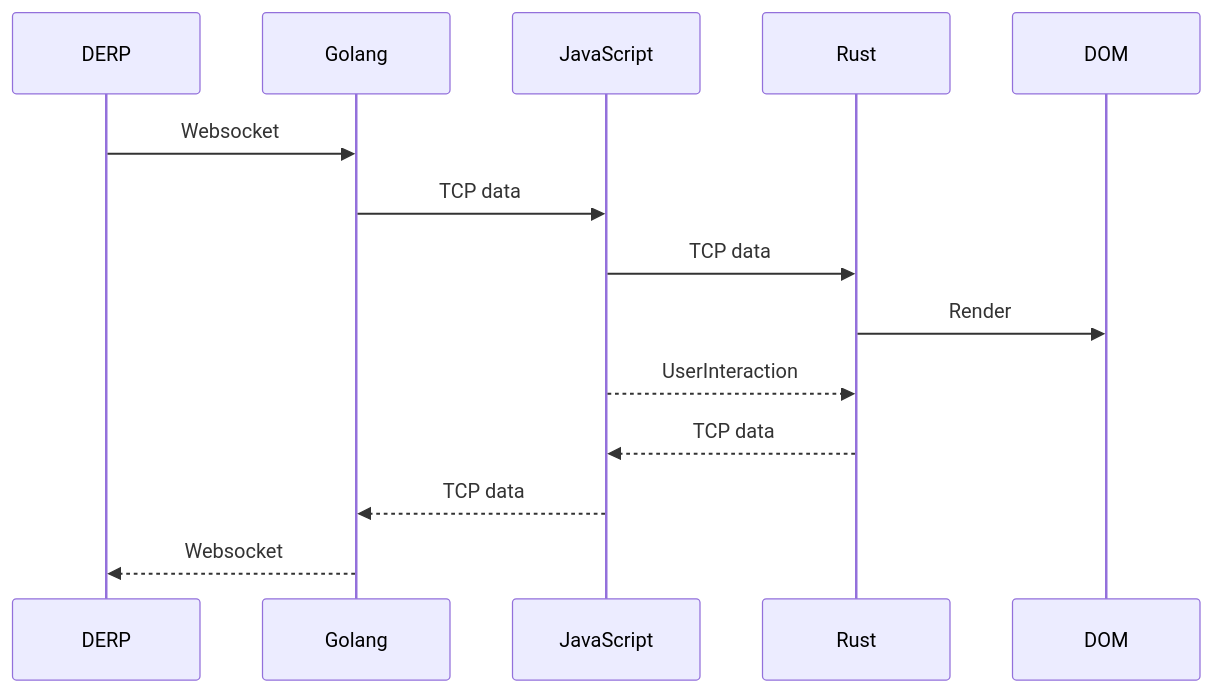
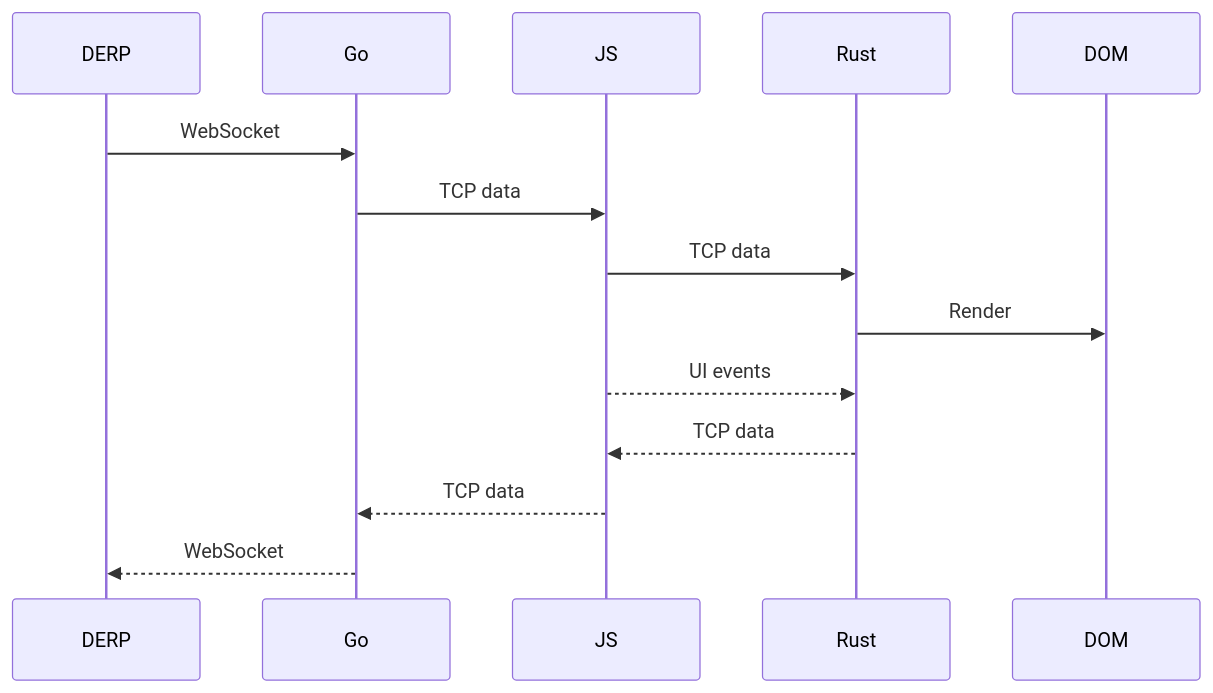
One commit to rickli-cloud/headscale-console changed the third of 4 diagrams in README.md. Above: the diagram before and after it, drawn with Mermaid. The commit also changed other lines of this file, not shown here.

````diff
--- a/README.md
+++ b/README.md
@@ -177,13 +183,12 @@
 ```mermaid
-  sequenceDiagram
-    DERP ->> Golang: Websocket
-    Golang ->> JavaScript: TCP data
-    JavaScript ->> Rust: TCP data
-
+sequenceDiagram
+    DERP ->> Go: WebSocket
+    Go ->> JS: TCP data
+    JS ->> Rust: TCP data
     Rust ->> DOM: Render
 
-    JavaScript -->> Rust: UserInteraction
-    Rust -->> JavaScript: TCP data
-    JavaScript -->> Golang: TCP data
-    Golang -->> DERP: Websocket
+    JS -->> Rust: UI events
+    Rust -->> JS: TCP data
+    JS -->> Go: TCP data
+    Go -->> DERP: WebSocket
 ```
````
